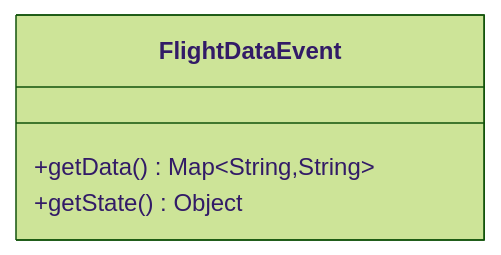
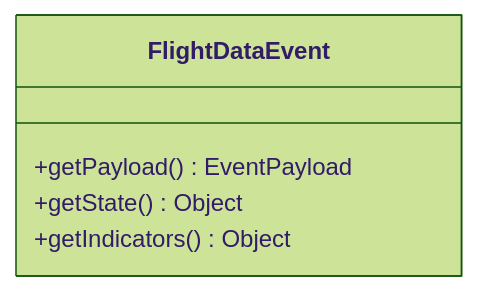
One commit to matrixsukhoi/voidmei changed the fifth of 5 diagrams in doc/voidmei贡献者开发手册.md. Above: the diagram before and after it, drawn with Mermaid (forest theme). The commit also changed other lines of this file and 11 other files, not shown here.

Commit message:
(refactor) FlightDataEvent: use reference instead of map

````diff
--- a/doc/voidmei贡献者开发手册.md
+++ b/doc/voidmei贡献者开发手册.md
@@ -298,7 +309,8 @@
 ```mermaid
 classDiagram
     class FlightDataEvent {
-      +getData() Map~String,String~
+      +getPayload() EventPayload
       +getState() Object
+      +getIndicators() Object
     }
 ```
````
